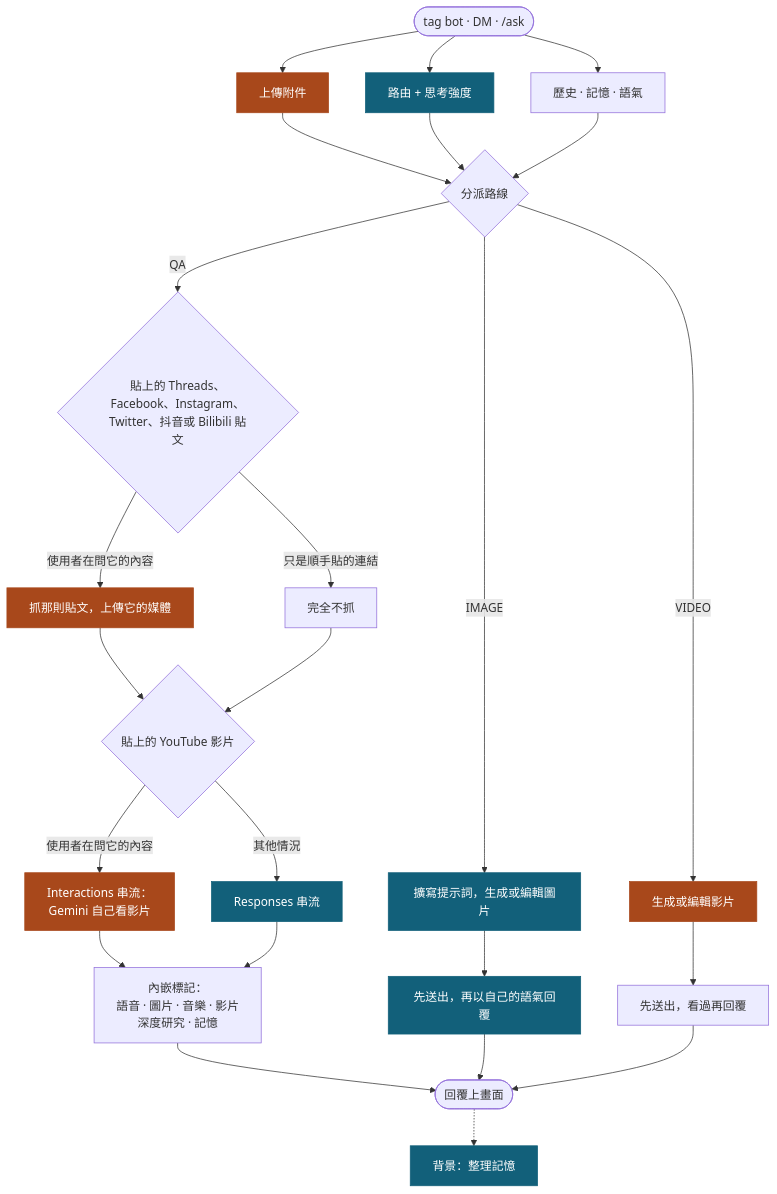
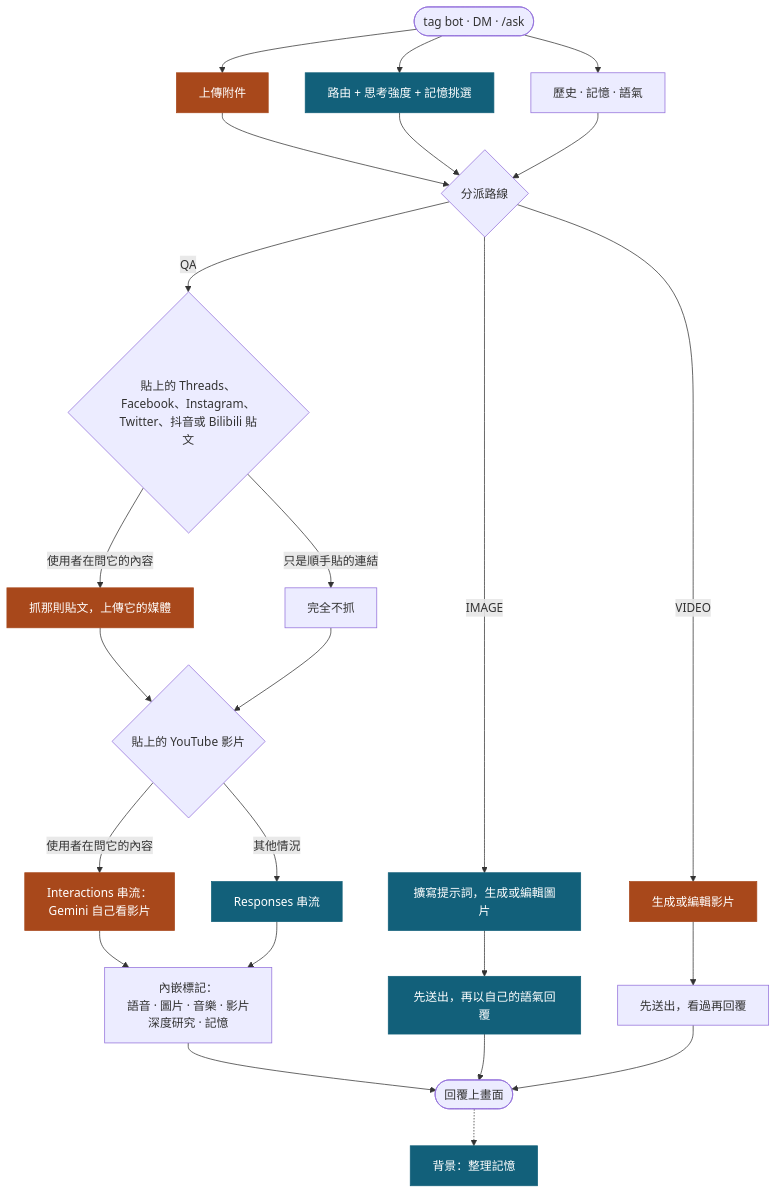
Before and after one commit to Mai0313/discordbot: the diagram in README.zh-TW.md, drawn with Mermaid. The commit also changed 21 other files, not shown here.

````diff
--- a/README.zh-TW.md
+++ b/README.zh-TW.md
@@ -43,33 +43,33 @@
 ```mermaid
 flowchart TD
     U(["tag bot · DM · /ask"]) --> UP & RT & CX
 
     UP["上傳附件"]
-    RT["路由 + 思考強度"]
+    RT["路由 + 思考強度 + 記憶挑選"]
     CX["歷史 · 記憶 · 語氣"]
 
     UP & RT & CX --> R{"分派路線"}
 
     R -->|QA| L{"貼上的 Threads、Facebook、Instagram、<br/>Twitter、抖音或 Bilibili 貼文"}
     L -->|"使用者在問它的內容"| LF["抓那則貼文，上傳它的媒體"]
     L -->|"只是順手貼的連結"| LS["完全不抓"]
     LF & LS --> Y{"貼上的 YouTube 影片"}
     Y -->|"使用者在問它的內容"| YT["Interactions 串流：<br/>Gemini 自己看影片"]
     Y -->|"其他情況"| QS["Responses 串流"]
     YT & QS --> Q2["內嵌標記：<br/>語音 · 圖片 · 音樂 · 影片<br/>深度研究 · 記憶"]
 
     R -->|IMAGE| I1["擴寫提示詞，生成或編輯圖片"]
     I1 --> I2["先送出，再以自己的語氣回覆"]
     R -->|VIDEO| V1["生成或編輯影片"]
     V1 --> V2["先送出，看過再回覆"]
 
     Q2 --> OUT(["回覆上畫面"])
     I2 --> OUT
     V2 --> OUT
     OUT -.-> MM["背景：整理記憶"]
 
     classDef proxy fill:#12607a,stroke:#12607a,color:#ffffff
     classDef direct fill:#a8481b,stroke:#a8481b,color:#ffffff
     class RT,QS,I1,I2,MM proxy
     class UP,LF,YT,V1 direct
 ```
````
